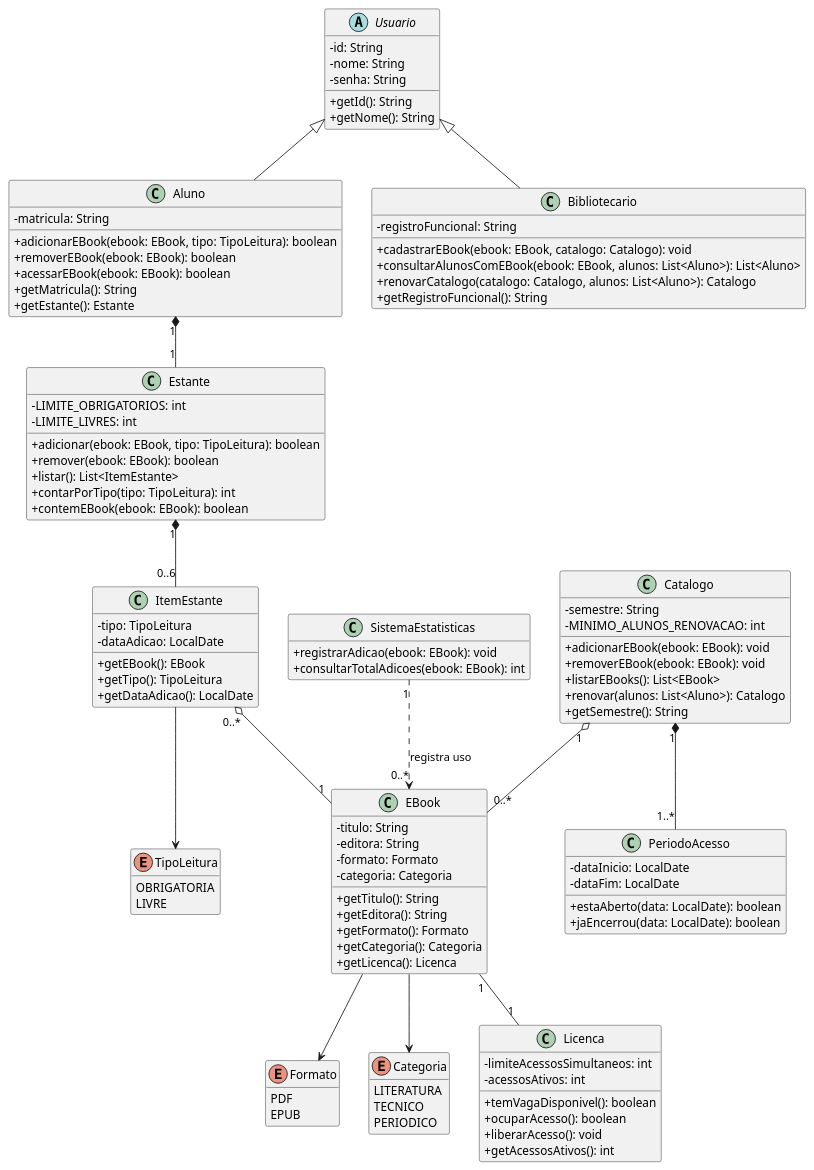
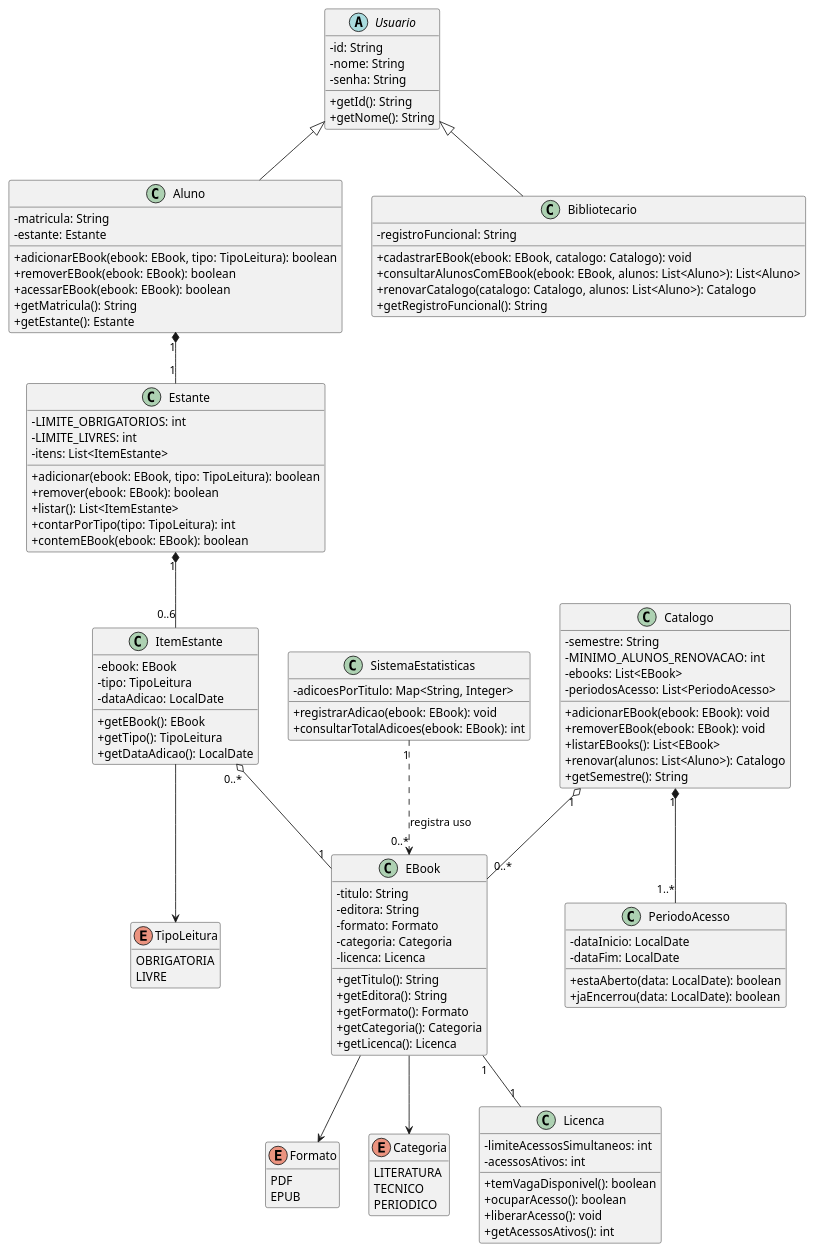
The diagram in docs/diagramas/diagrama-de-classes.puml (fillmello/lab01-ebooks-biblioteca), drawn with PlantUML before and after one commit. The commit also changed 2 other files, not shown here.

Commit message:
docs: explicita atributos de referencia no diagrama de classes

```diff
--- a/docs/diagramas/diagrama-de-classes.puml
+++ b/docs/diagramas/diagrama-de-classes.puml
@@ -1,131 +1,138 @@
 @startuml diagrama_de_classes_ebooks
 skinparam classAttributeIconSize 0
 hide empty members
 
 ' ===== UC01 - Realizar login =====
 abstract class Usuario {
   -id: String
   -nome: String
   -senha: String
   +getId(): String
   +getNome(): String
 }
 
 class Aluno {
   -matricula: String
+  -estante: Estante
   +adicionarEBook(ebook: EBook, tipo: TipoLeitura): boolean
   +removerEBook(ebook: EBook): boolean
   +acessarEBook(ebook: EBook): boolean
   +getMatricula(): String
   +getEstante(): Estante
 }
 
 class Bibliotecario {
   -registroFuncional: String
   +cadastrarEBook(ebook: EBook, catalogo: Catalogo): void
   +consultarAlunosComEBook(ebook: EBook, alunos: List<Aluno>): List<Aluno>
   +renovarCatalogo(catalogo: Catalogo, alunos: List<Aluno>): Catalogo
   +getRegistroFuncional(): String
 }
 
 ' ===== UC02 e UC03 - Adicionar e remover eBook da estante =====
 class Estante {
   -LIMITE_OBRIGATORIOS: int
   -LIMITE_LIVRES: int
+  -itens: List<ItemEstante>
   +adicionar(ebook: EBook, tipo: TipoLeitura): boolean
   +remover(ebook: EBook): boolean
   +listar(): List<ItemEstante>
   +contarPorTipo(tipo: TipoLeitura): int
   +contemEBook(ebook: EBook): boolean
 }
 
 class ItemEstante {
+  -ebook: EBook
   -tipo: TipoLeitura
   -dataAdicao: LocalDate
   +getEBook(): EBook
   +getTipo(): TipoLeitura
   +getDataAdicao(): LocalDate
 }
 
 enum TipoLeitura {
   OBRIGATORIA
   LIVRE
 }
 
 ' ===== UC05 - Cadastrar eBook =====
 class EBook {
   -titulo: String
   -editora: String
   -formato: Formato
   -categoria: Categoria
+  -licenca: Licenca
   +getTitulo(): String
   +getEditora(): String
   +getFormato(): Formato
   +getCategoria(): Categoria
   +getLicenca(): Licenca
 }
 
 enum Formato {
   PDF
   EPUB
 }
 
 enum Categoria {
   LITERATURA
   TECNICO
   PERIODICO
 }
 
 ' ===== UC04 - Acessar eBook =====
 class Licenca {
   -limiteAcessosSimultaneos: int
   -acessosAtivos: int
   +temVagaDisponivel(): boolean
   +ocuparAcesso(): boolean
   +liberarAcesso(): void
   +getAcessosAtivos(): int
 }
 
 ' ===== UC08 - Renovar catalogo do semestre =====
 class Catalogo {
   -semestre: String
   -MINIMO_ALUNOS_RENOVACAO: int
+  -ebooks: List<EBook>
+  -periodosAcesso: List<PeriodoAcesso>
   +adicionarEBook(ebook: EBook): void
   +removerEBook(ebook: EBook): void
   +listarEBooks(): List<EBook>
   +renovar(alunos: List<Aluno>): Catalogo
   +getSemestre(): String
 }
 
 class PeriodoAcesso {
   -dataInicio: LocalDate
   -dataFim: LocalDate
   +estaAberto(data: LocalDate): boolean
   +jaEncerrou(data: LocalDate): boolean
 }
 
 ' ===== UC07 - Registrar estatistica de uso =====
 class SistemaEstatisticas {
+  -adicoesPorTitulo: Map<String, Integer>
   +registrarAdicao(ebook: EBook): void
   +consultarTotalAdicoes(ebook: EBook): int
 }
 
 ' ===== Relacionamentos =====
 Usuario <|-- Aluno
 Usuario <|-- Bibliotecario
 
 Aluno "1" *-- "1" Estante
 Estante "1" *-- "0..6" ItemEstante
 ItemEstante "0..*" o-- "1" EBook
 ItemEstante --> TipoLeitura
 
 EBook "1" -- "1" Licenca
 EBook --> Formato
 EBook --> Categoria
 
 Catalogo "1" o-- "0..*" EBook
 Catalogo "1" *-- "1..*" PeriodoAcesso
 
 SistemaEstatisticas "1" ..> "0..*" EBook : registra uso
 
 @enduml
```
